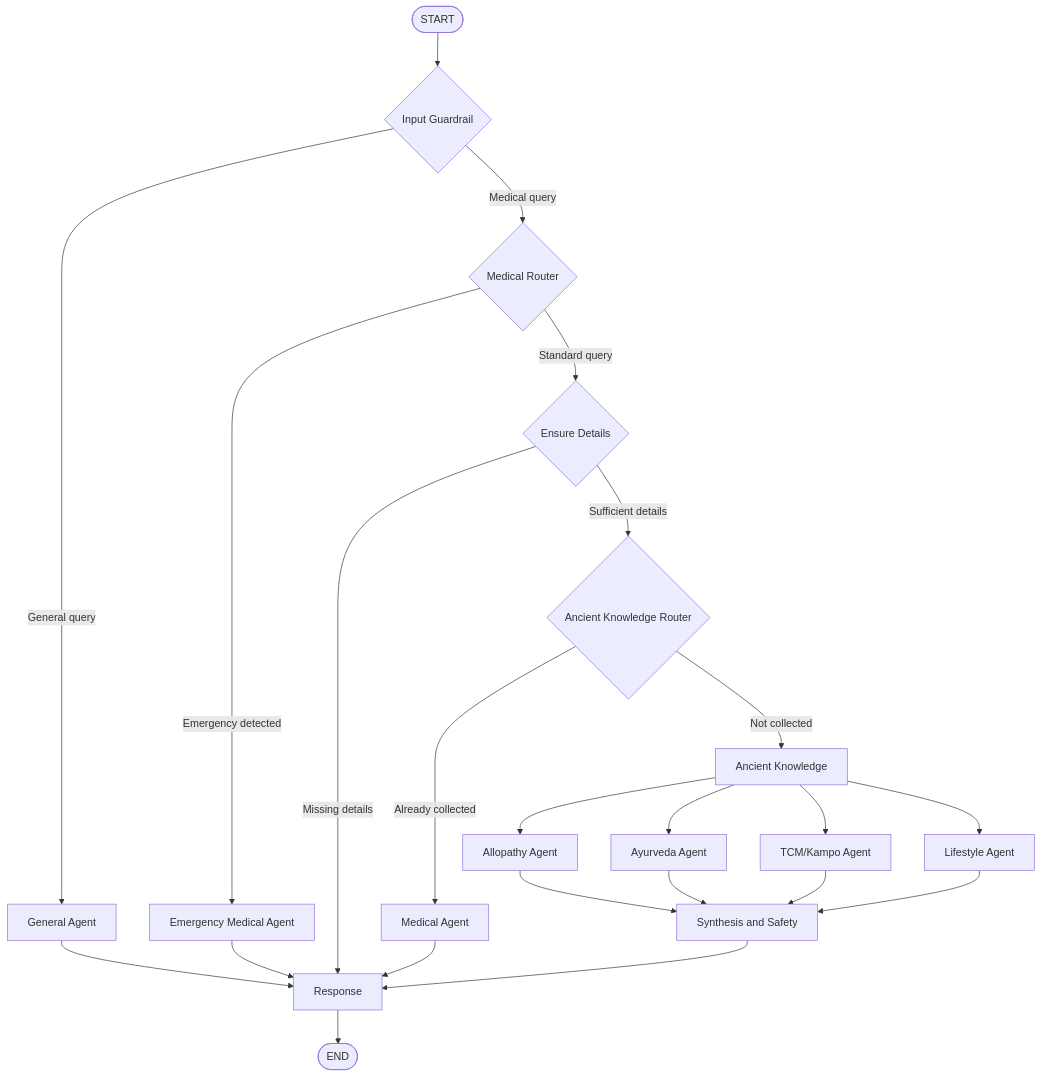
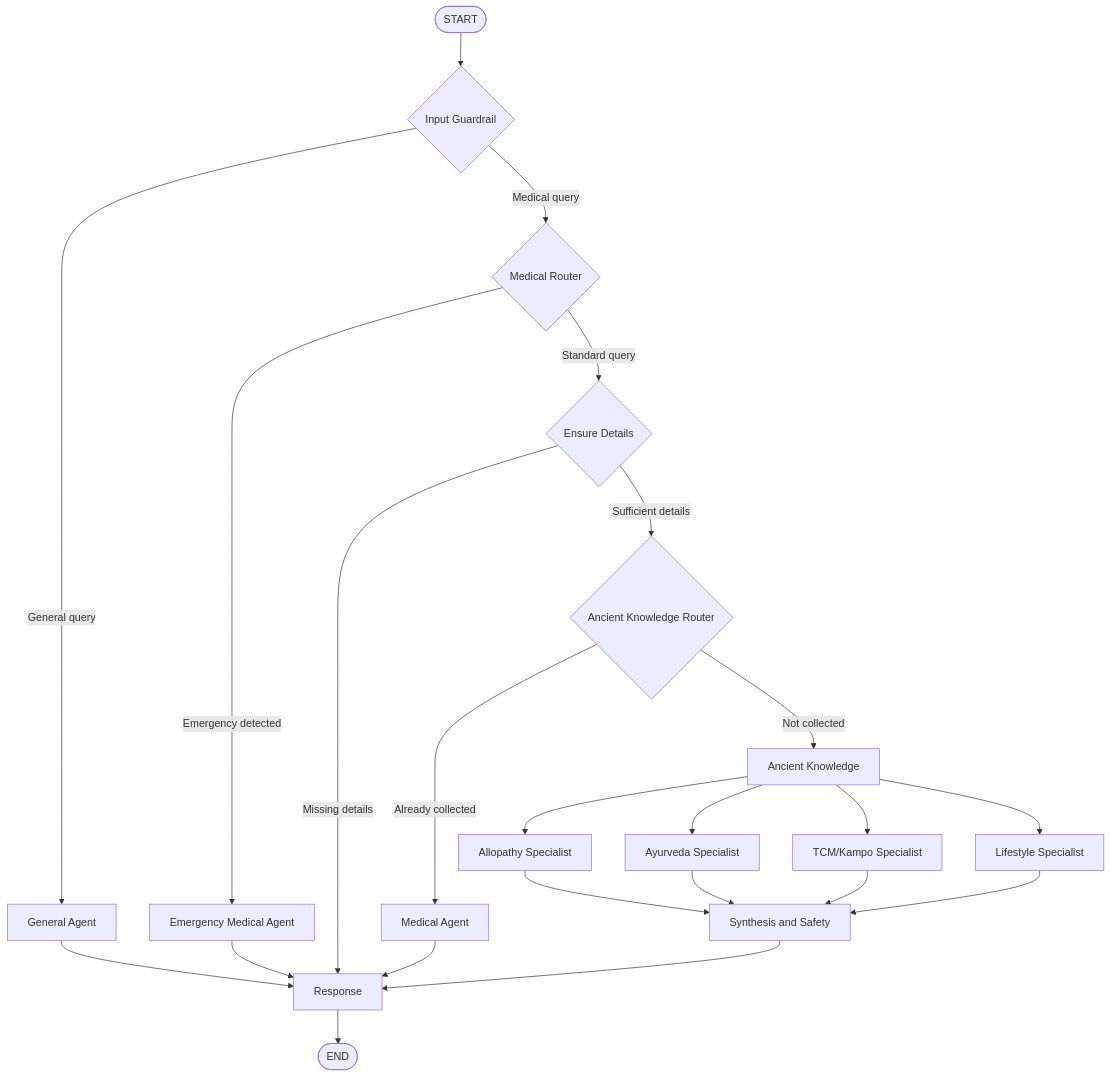
Before and after one commit to Tejashree-Khot/personal-medical-assistant: the diagram in README.md, drawn with Mermaid. The commit also changed 1 other file, not shown here.

````diff
--- a/README.md
+++ b/README.md
@@ -57,43 +57,43 @@
 ```mermaid
 graph TD
     START([START]) --> input_guardrail{Input Guardrail}
 
     %% Input routing
     input_guardrail -->|General query| general_agent[General Agent]
     input_guardrail -->|Medical query| medical_router{Medical Router}
 
     %% Medical routing
     medical_router -->|Emergency detected| emergency_medical_agent[Emergency Medical Agent]
     medical_router -->|Standard query| ensure_details{Ensure Details}
 
     %% General Agent
     general_agent --> response[Response]
 
     %% Details verification
     ensure_details -->|Missing details| response
     ensure_details -->|Sufficient details| ancient_knowledge_router{Ancient Knowledge Router}
 
     %% Ancient knowledge routing
     ancient_knowledge_router -->|Already collected| medical_agent[Medical Agent]
     ancient_knowledge_router -->|Not collected| ancient_knowledge[Ancient Knowledge]
 
     %% Specialist agents - parallel execution
-    ancient_knowledge --> allopathy_agent[Allopathy Agent]
-    ancient_knowledge --> ayurveda_agent[Ayurveda Agent]
-    ancient_knowledge --> tcm_kampo_agent[TCM/Kampo Agent]
-    ancient_knowledge --> lifestyle_agent[Lifestyle Agent]
+    ancient_knowledge --> allopathy_specialist[Allopathy Specialist]
+    ancient_knowledge --> ayurveda_specialist[Ayurveda Specialist]
+    ancient_knowledge --> tcm_kampo_specialist[TCM/Kampo Specialist]
+    ancient_knowledge --> lifestyle_specialist[Lifestyle Specialist]
 
     %% Synthesis
-    allopathy_agent --> synthesis_and_safety[Synthesis and Safety]
-    ayurveda_agent --> synthesis_and_safety
-    tcm_kampo_agent --> synthesis_and_safety
-    lifestyle_agent --> synthesis_and_safety
+    allopathy_specialist --> synthesis_and_safety[Synthesis and Safety]
+    ayurveda_specialist --> synthesis_and_safety
+    tcm_kampo_specialist --> synthesis_and_safety
+    lifestyle_specialist --> synthesis_and_safety
 
     %% Final responses
     emergency_medical_agent --> response
     medical_agent --> response
     synthesis_and_safety --> response
 
     %% End
     response --> END([END])
 ```
````
